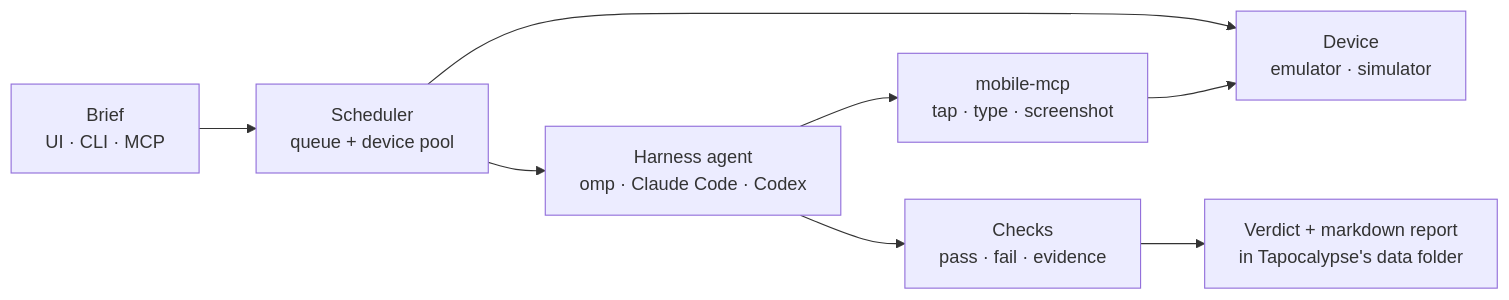
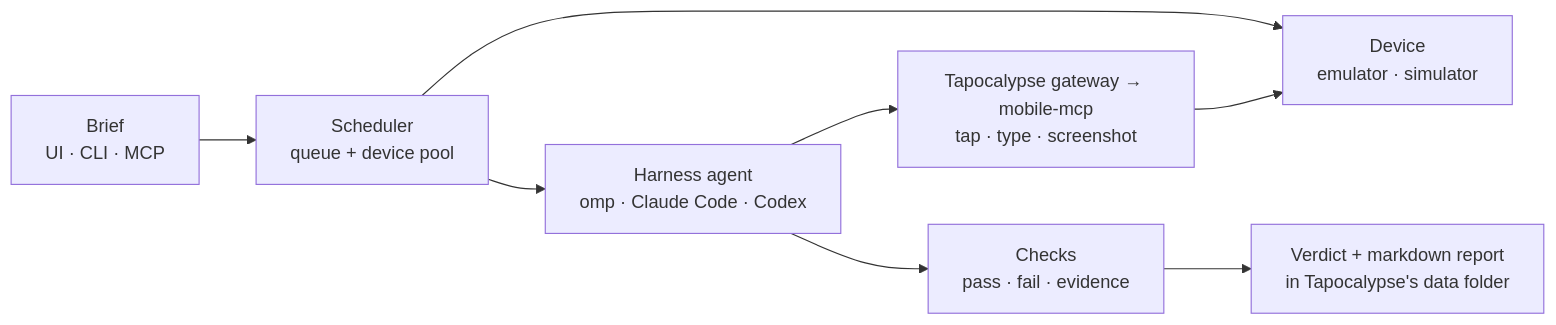
Before and after one commit to miles-pudge-halter/tapocalypse: the diagram in README.md, drawn with Mermaid. The commit also changed other lines of this file and 40 other files, not shown here.

````diff
--- a/README.md
+++ b/README.md
@@ -32,10 +32,10 @@
 ```mermaid
 flowchart LR
   brief["Brief<br/>UI · CLI · MCP"] --> scheduler["Scheduler<br/>queue + device pool"]
   scheduler --> device["Device<br/>emulator · simulator"]
   scheduler --> agent["Harness agent<br/>omp · Claude Code · Codex"]
-  agent --> mcp["mobile-mcp<br/>tap · type · screenshot"]
+  agent --> mcp["Tapocalypse gateway → mobile-mcp<br/>tap · type · screenshot"]
   mcp --> device
   agent --> progress["Checks<br/>pass · fail · evidence"]
   progress --> result["Verdict + markdown report<br/>in Tapocalypse's data folder"]
 ```
````
